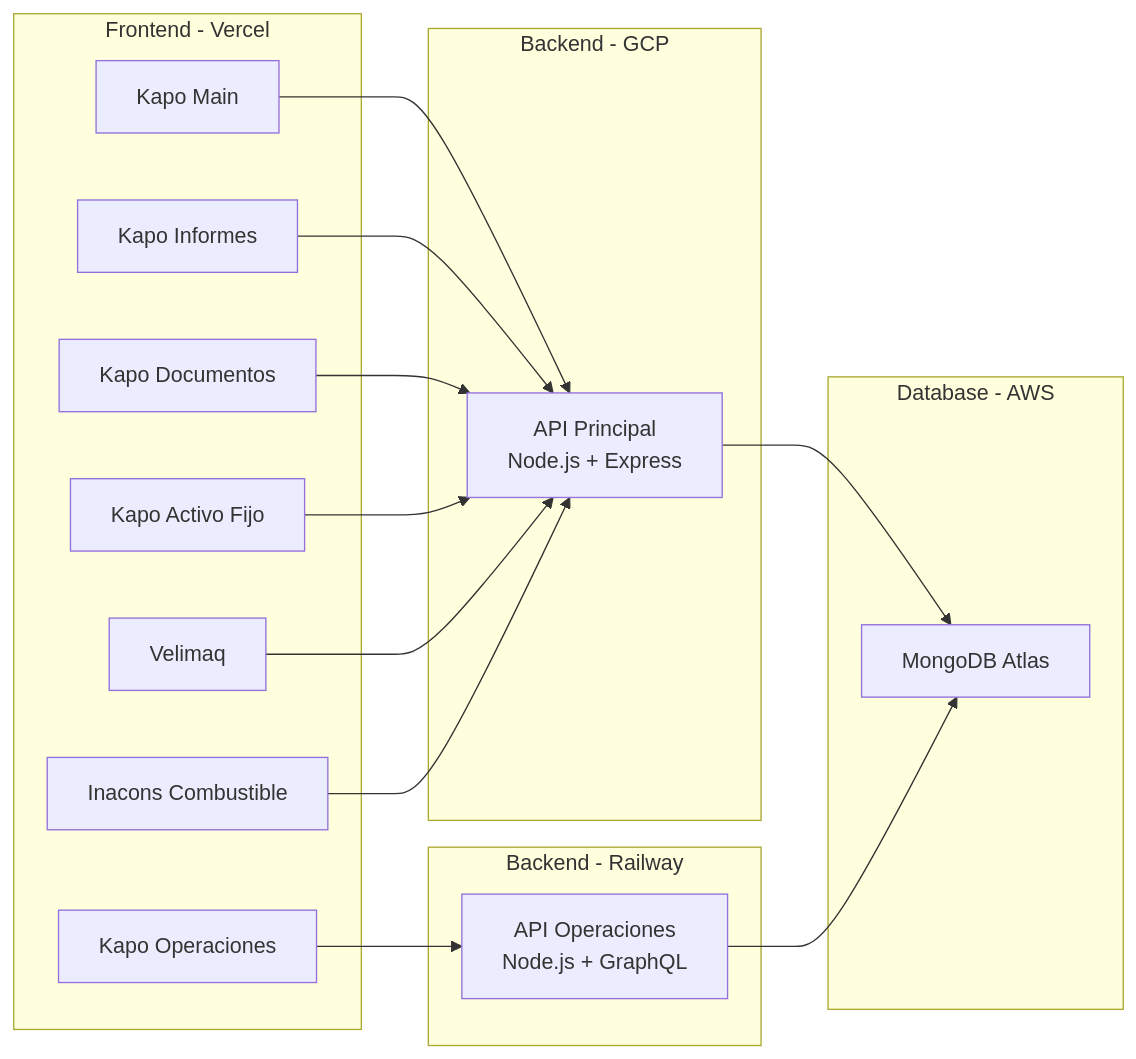
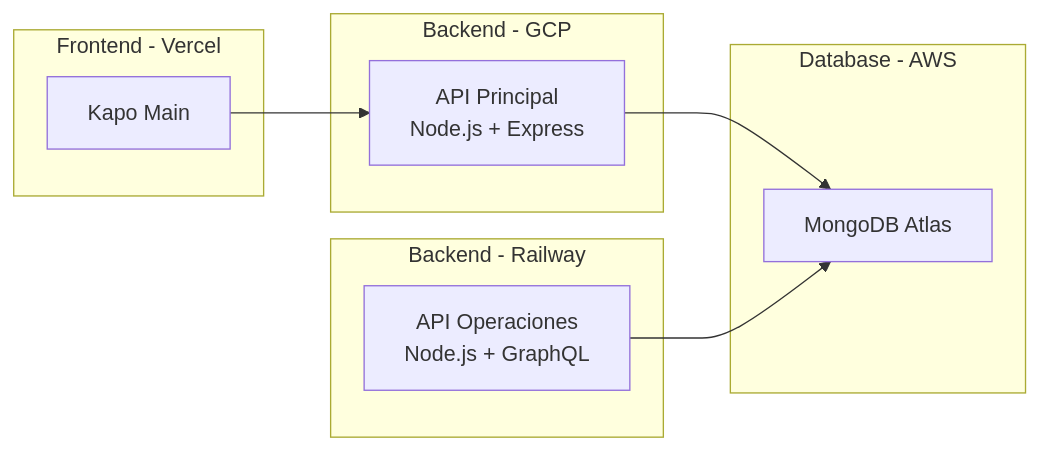
Before and after one commit to Rolf-droid/modulo-requerimiento: the second of 2 diagrams in arquitectura-componentes.md, drawn with Mermaid. The commit also changed other lines of this file, not shown here.

````diff
--- a/arquitectura-componentes.md
+++ b/arquitectura-componentes.md
@@ -72,35 +59,23 @@
 ```mermaid
 graph LR
     subgraph "Frontend - Vercel"
         F1[Kapo Main]
-        F2[Kapo Informes]
-        F3[Kapo Documentos]
-        F4[Kapo Activo Fijo]
-        F5[Velimaq]
-        F6[Inacons Combustible]
-        F7[Kapo Operaciones]
     end
 
     subgraph "Backend - GCP"
         B1[API Principal<br/>Node.js + Express]
     end
 
     subgraph "Backend - Railway"
         B2[API Operaciones<br/>Node.js + GraphQL]
     end
 
     subgraph "Database - AWS"
         DB[MongoDB Atlas]
     end
 
     F1 --> B1
-    F2 --> B1
-    F3 --> B1
-    F4 --> B1
-    F5 --> B1
-    F6 --> B1
-    F7 --> B2
     
     B1 --> DB
     B2 --> DB
 ```
````
